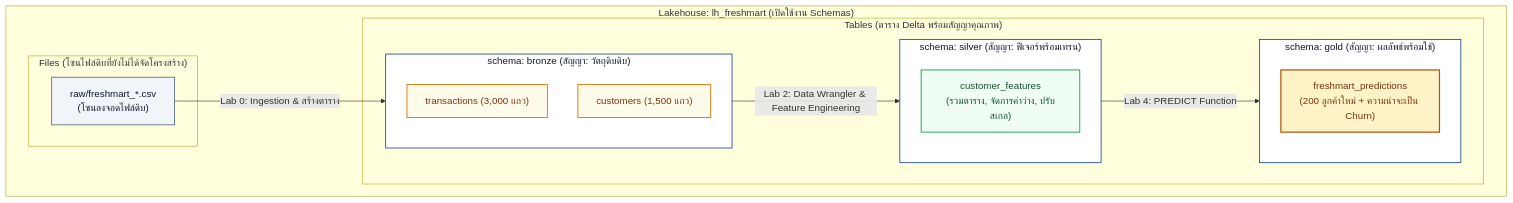
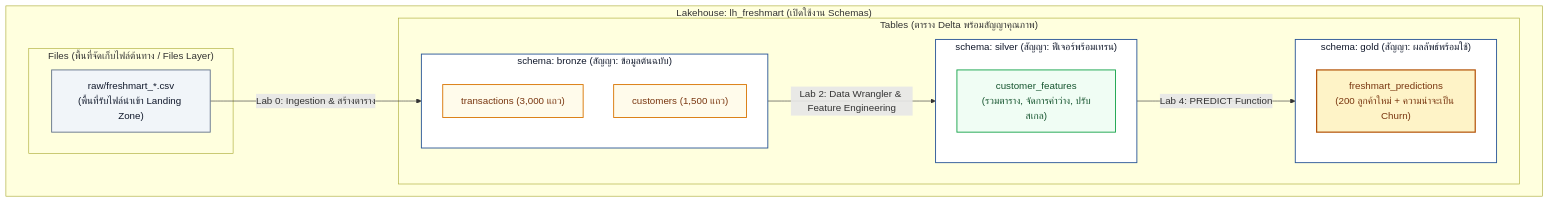
The diagram in docs/01-fabric-architecture.md (DataFabric-Academy/ms-fabric-data-science), drawn with Mermaid before and after one commit. The commit also changed other lines of this file and 10 other files, not shown here.

````diff
--- a/docs/01-fabric-architecture.md
+++ b/docs/01-fabric-architecture.md
@@ -57,37 +57,37 @@
 ```mermaid
 flowchart TD
     subgraph Lakehouse["Lakehouse: lh_freshmart (เปิดใช้งาน Schemas)"]
-        subgraph FilesZone["Files (โซนไฟล์ดิบที่ยังไม่ได้จัดโครงสร้าง)"]
-            RAW["raw/freshmart_*.csv<br/>(โซนลงจอดไฟล์ดิบ)"]
+        subgraph FilesZone["Files (พื้นที่จัดเก็บไฟล์ต้นทาง / Files Layer)"]
+            RAW["raw/freshmart_*.csv<br/>(พื้นที่รับไฟล์นำเข้า Landing Zone)"]
         end
 
         subgraph TablesZone["Tables (ตาราง Delta พร้อมสัญญาคุณภาพ)"]
-            subgraph BronzeSchema["schema: bronze (สัญญา: วัตถุดิบดิบ)"]
+            subgraph BronzeSchema["schema: bronze (สัญญา: ข้อมูลต้นฉบับ)"]
                 BT["transactions (3,000 แถว)"]
                 BC["customers (1,500 แถว)"]
             end
             subgraph SilverSchema["schema: silver (สัญญา: ฟีเจอร์พร้อมเทรน)"]
                 SF["customer_features<br/>(รวมตาราง, จัดการค่าว่าง, ปรับสเกล)"]
             end
             subgraph GoldSchema["schema: gold (สัญญา: ผลลัพธ์พร้อมใช้)"]
                 GP["freshmart_predictions<br/>(200 ลูกค้าใหม่ + ความน่าจะเป็น Churn)"]
             end
         end
     end
 
     RAW -->|Lab 0: Ingestion & สร้างตาราง| BronzeSchema
     BronzeSchema -->|Lab 2: Data Wrangler & Feature Engineering| SilverSchema
     SilverSchema -->|Lab 4: PREDICT Function| GoldSchema
 
     classDef fileNode fill:#f1f5f9,stroke:#64748b,stroke-width:1.5px,color:#0f172a;
     classDef bronzeNode fill:#fffbeb,stroke:#d97706,stroke-width:1.5px,color:#78350f;
     classDef silverNode fill:#f0fdf4,stroke:#16a34a,stroke-width:1.5px,color:#14532d;
     classDef goldNode fill:#fef3c7,stroke:#b45309,stroke-width:2px,color:#78350f;
     classDef schemaBox fill:#ffffff,stroke:#2b5797,stroke-width:1.5px,color:#0f172a;
 
     class RAW fileNode;
     class BT,BC bronzeNode;
     class SF silverNode;
     class GP goldNode;
     class BronzeSchema,SilverSchema,GoldSchema schemaBox;
 ```
````
